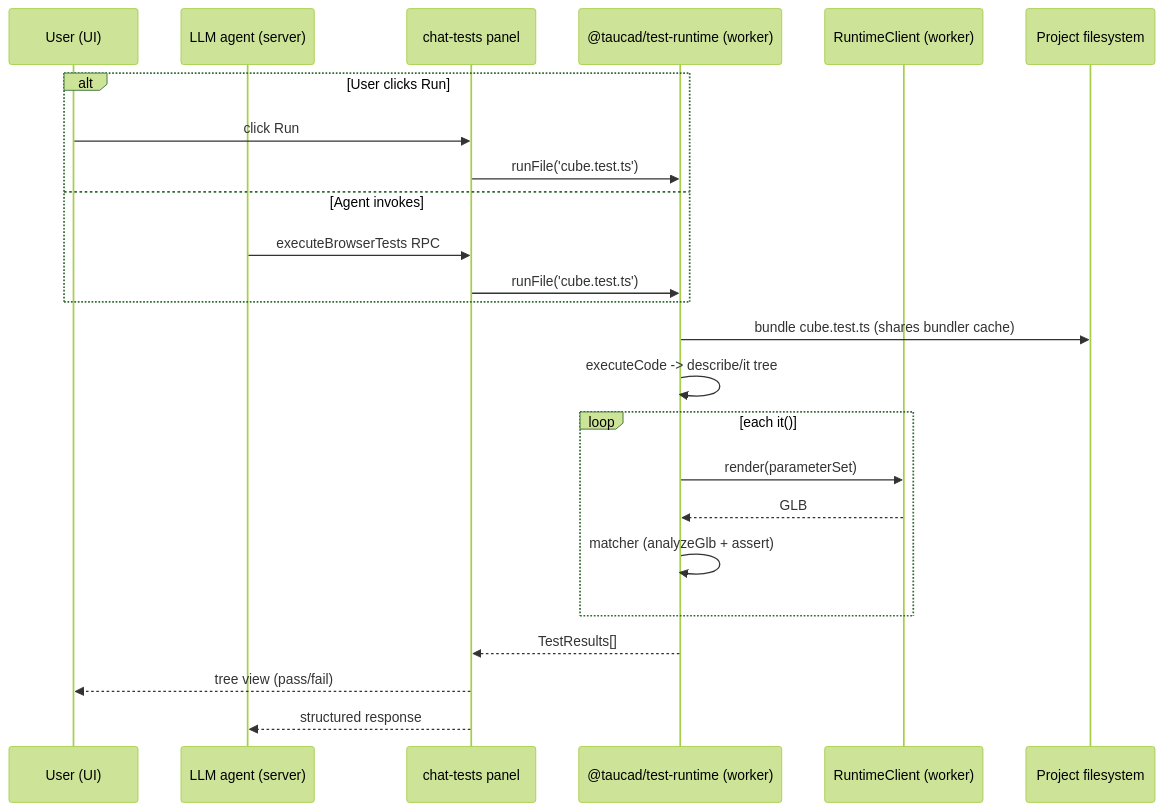
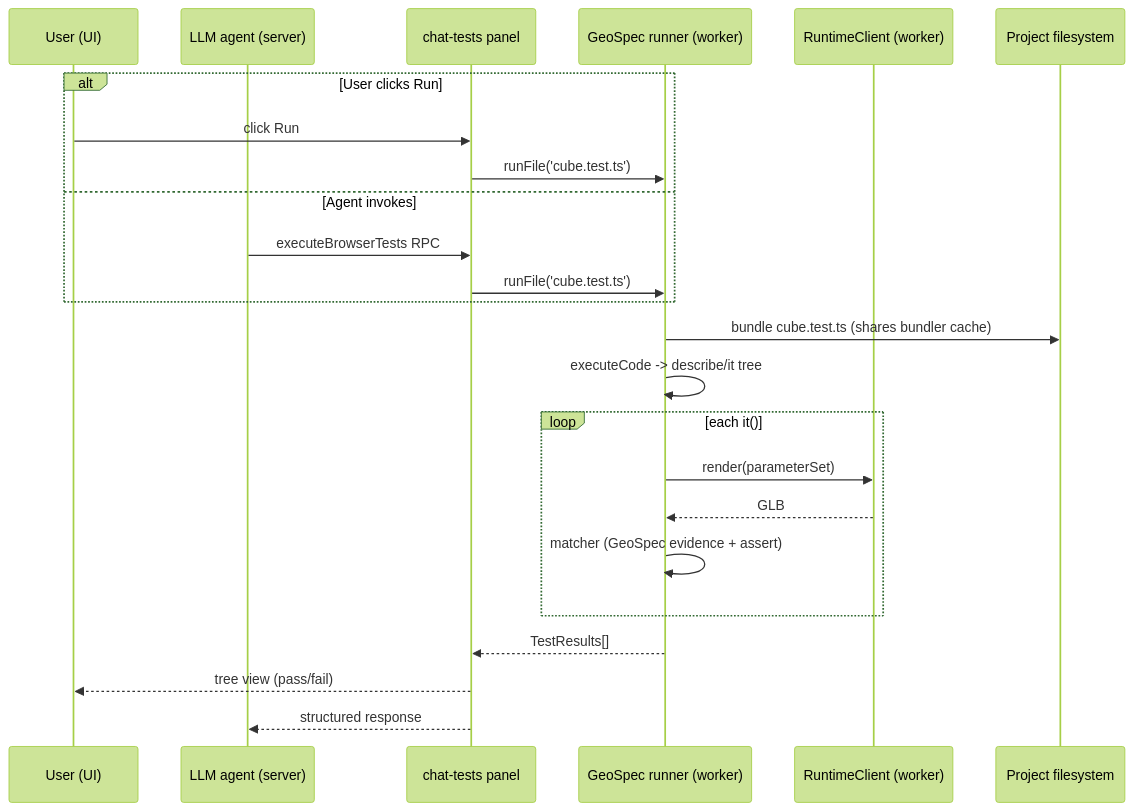
Before and after one commit to ahzs645/tau: the second of 3 diagrams in docs/research/browser-first-parameter-aware-testing.md, drawn with Mermaid (forest theme). The commit also changed other lines of this file and 56 other files, not shown here.

````diff
--- a/docs/research/browser-first-parameter-aware-testing.md
+++ b/docs/research/browser-first-parameter-aware-testing.md
@@ -350,28 +366,28 @@
 ```mermaid
 sequenceDiagram
   participant User as User (UI)
   participant Agent as LLM agent (server)
   participant Panel as chat-tests panel
-  participant TR as @taucad/test-runtime (worker)
+  participant TR as GeoSpec runner (worker)
   participant RC as RuntimeClient (worker)
   participant FS as Project filesystem
 
   alt User clicks Run
     User->>Panel: click Run
     Panel->>TR: runFile('cube.test.ts')
   else Agent invokes
     Agent->>Panel: executeBrowserTests RPC
     Panel->>TR: runFile('cube.test.ts')
   end
 
   TR->>FS: bundle cube.test.ts (shares bundler cache)
   TR->>TR: executeCode -> describe/it tree
   loop each it()
     TR->>RC: render(parameterSet)
     RC-->>TR: GLB
-    TR->>TR: matcher (analyzeGlb + assert)
+    TR->>TR: matcher (GeoSpec evidence + assert)
   end
   TR-->>Panel: TestResults[]
   Panel-->>User: tree view (pass/fail)
   Panel-->>Agent: structured response
 ```
````
